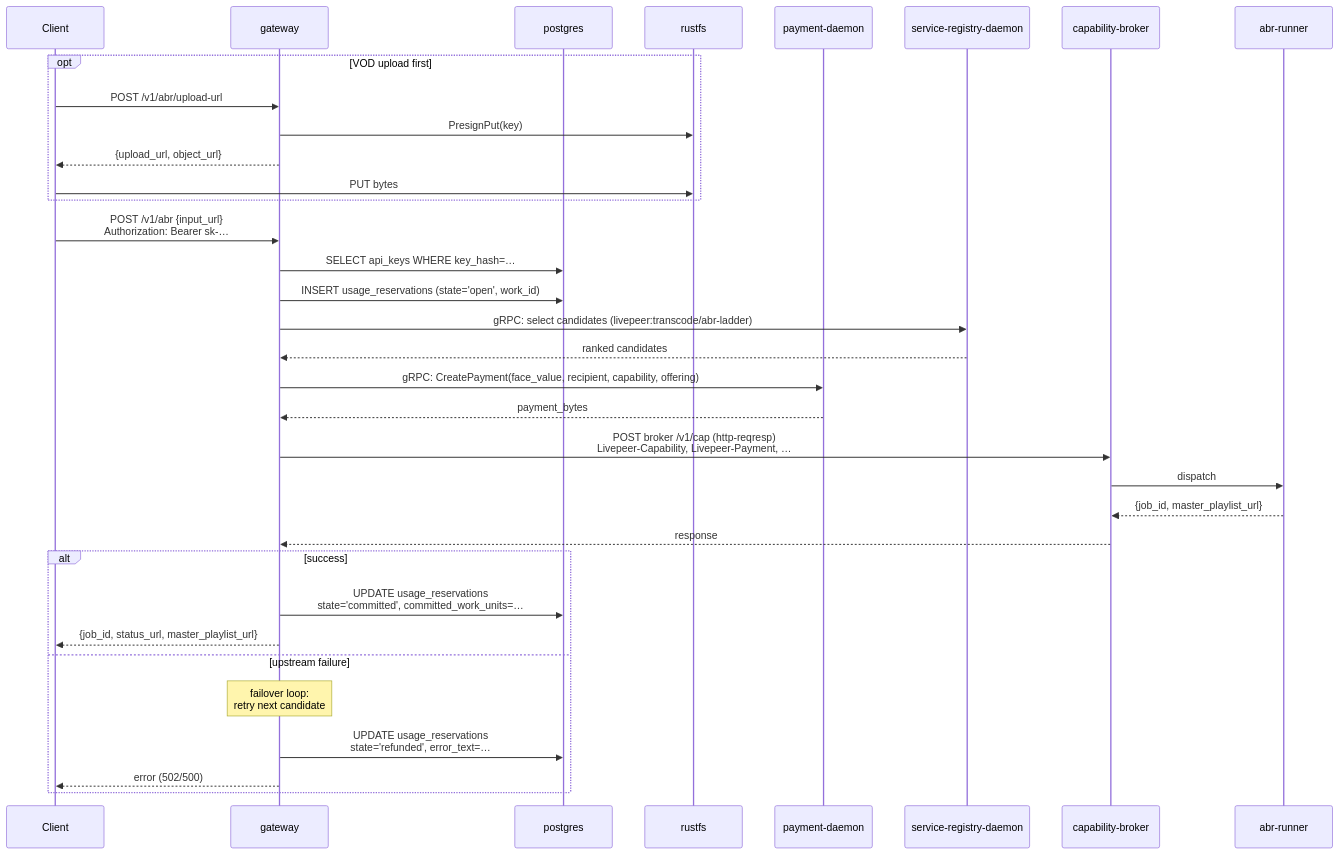
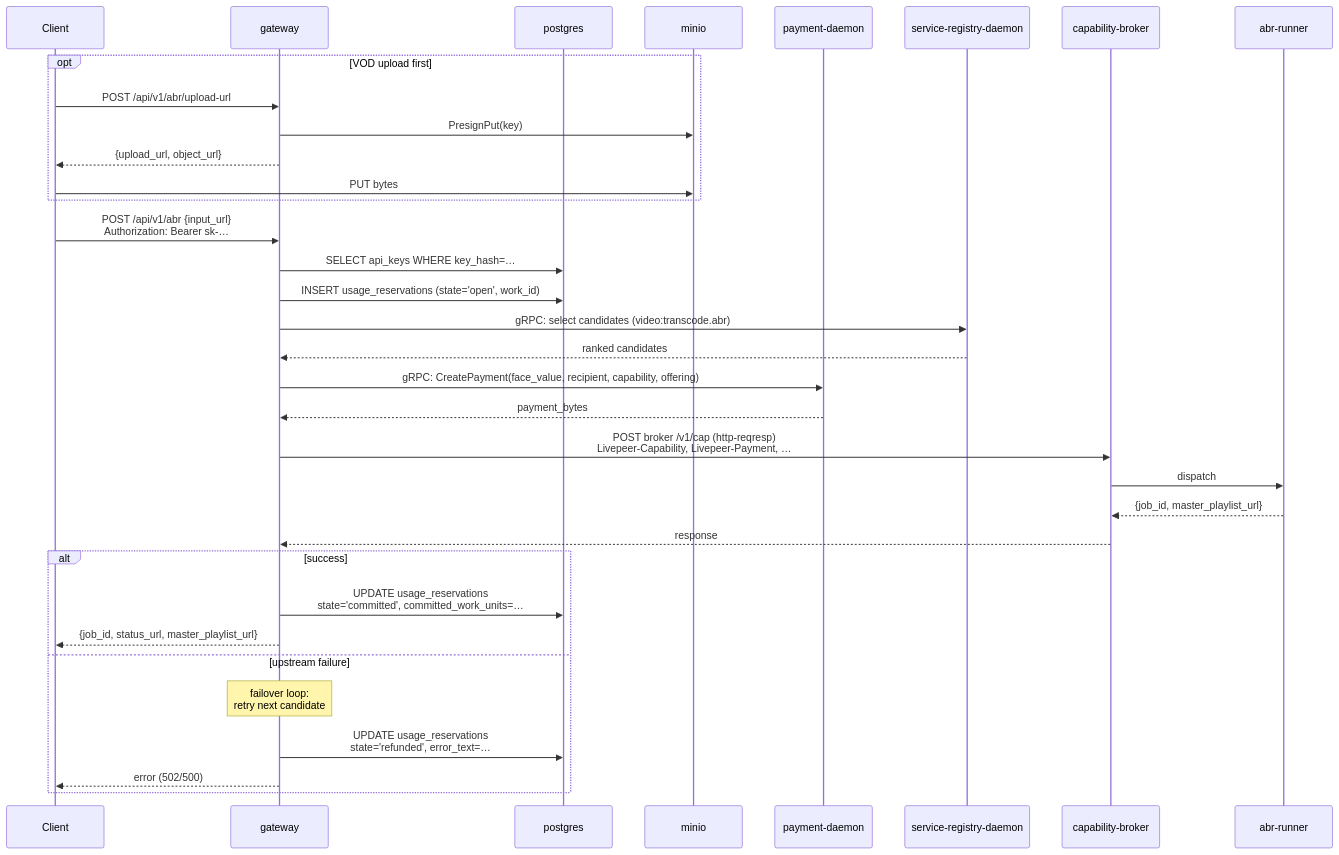
Before and after one commit to Cloud-SPE/livepeer-modules-transcode-gateway: the third of 5 diagrams in ARCHITECTURE.md, drawn with Mermaid. The commit also changed other lines of this file and 29 other files, not shown here.

Commit message:
docs: sweep architecture and product updates

````diff
--- a/ARCHITECTURE.md
+++ b/ARCHITECTURE.md
@@ -237,39 +241,39 @@
 ```mermaid
 sequenceDiagram
   participant C as Client
   participant GW as gateway
   participant DB as postgres
-  participant RFS as rustfs
+  participant MIN as minio
   participant PAY as payment-daemon
   participant REG as service-registry-daemon
   participant BRK as capability-broker
   participant RUN as abr-runner
 
   opt VOD upload first
-    C->>GW: POST /v1/abr/upload-url
-    GW->>RFS: PresignPut(key)
+    C->>GW: POST /api/v1/abr/upload-url
+    GW->>MIN: PresignPut(key)
     GW-->>C: {upload_url, object_url}
-    C->>RFS: PUT bytes
+    C->>MIN: PUT bytes
   end
 
-  C->>GW: POST /v1/abr {input_url}<br/>Authorization: Bearer sk-…
+  C->>GW: POST /api/v1/abr {input_url}<br/>Authorization: Bearer sk-…
   GW->>DB: SELECT api_keys WHERE key_hash=…
   GW->>DB: INSERT usage_reservations (state='open', work_id)
-  GW->>REG: gRPC: select candidates (livepeer:transcode/abr-ladder)
+  GW->>REG: gRPC: select candidates (video:transcode.abr)
   REG-->>GW: ranked candidates
   GW->>PAY: gRPC: CreatePayment(face_value, recipient, capability, offering)
   PAY-->>GW: payment_bytes
   GW->>BRK: POST broker /v1/cap (http-reqresp)<br/>Livepeer-Capability, Livepeer-Payment, …
   BRK->>RUN: dispatch
   RUN-->>BRK: {job_id, master_playlist_url}
   BRK-->>GW: response
 
   alt success
     GW->>DB: UPDATE usage_reservations<br/>state='committed', committed_work_units=…
     GW-->>C: {job_id, status_url, master_playlist_url}
   else upstream failure
     Note over GW: failover loop:<br/>retry next candidate
     GW->>DB: UPDATE usage_reservations<br/>state='refunded', error_text=…
     GW-->>C: error (502/500)
   end
 ```
````
